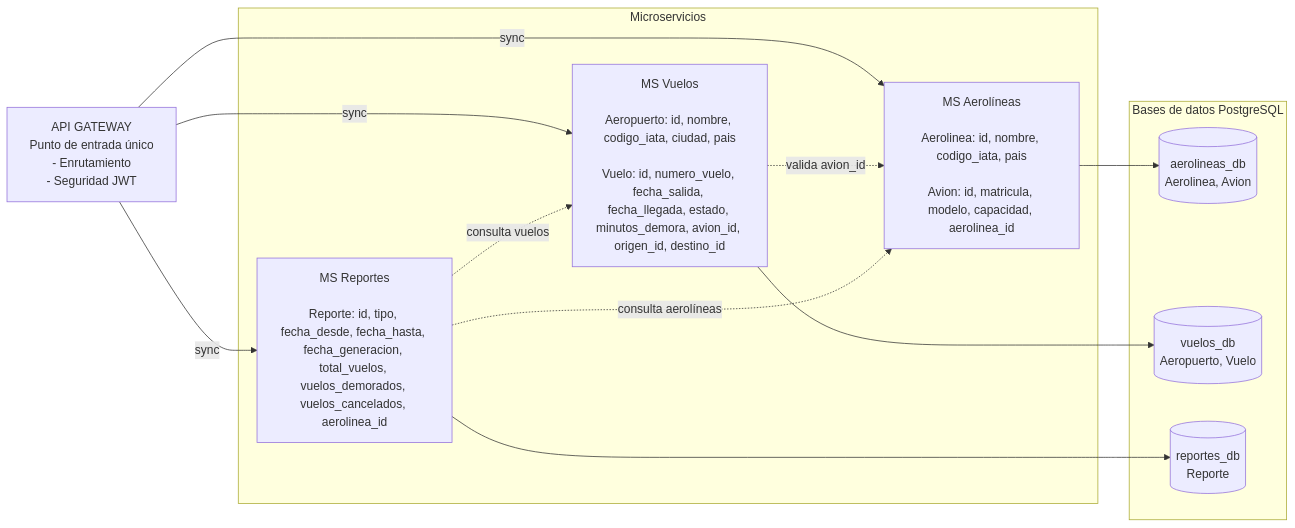
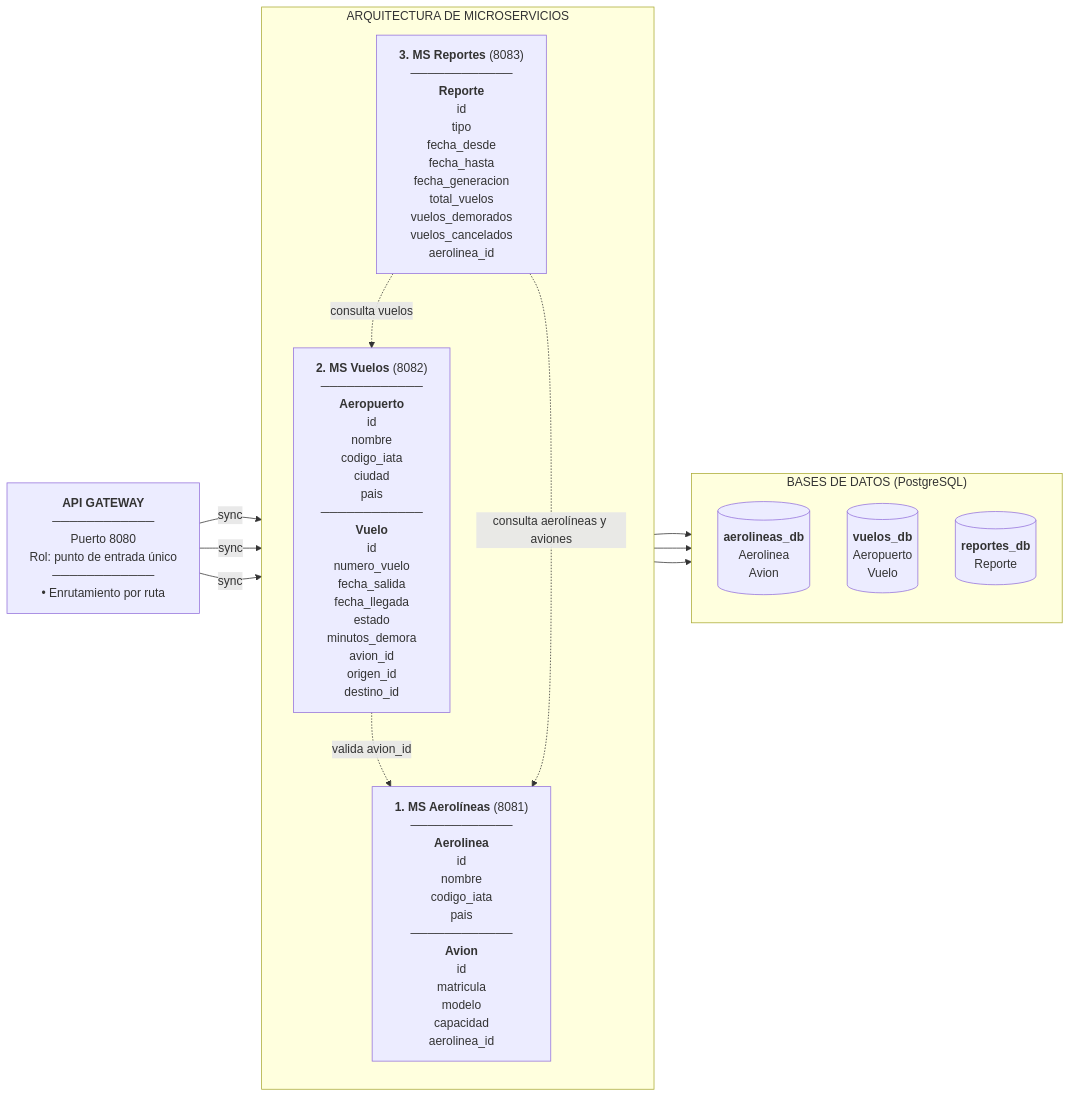
One commit to GerardoAcu/Reporte-vuelos changed the diagram in reporte-vuelos/README.md. Above: the diagram before and after it, drawn with Mermaid. The commit also changed other lines of this file and 77 other files, not shown here.

````diff
--- a/reporte-vuelos/README.md
+++ b/reporte-vuelos/README.md
@@ -31,26 +31,26 @@
 ```mermaid
 flowchart LR
-    GW["API GATEWAY<br/>Punto de entrada único<br/>- Enrutamiento<br/>- Seguridad JWT"]
+    GW["<b>API GATEWAY</b><br/>────────────<br/>Puerto 8080<br/>Rol: punto de entrada único<br/>────────────<br/>• Enrutamiento por ruta"]
 
-    subgraph MS["Microservicios"]
-        M1["MS Aerolíneas<br/><br/>Aerolinea: id, nombre, codigo_iata, pais<br/><br/>Avion: id, matricula, modelo, capacidad, aerolinea_id"]
-        M2["MS Vuelos<br/><br/>Aeropuerto: id, nombre, codigo_iata, ciudad, pais<br/><br/>Vuelo: id, numero_vuelo, fecha_salida, fecha_llegada, estado, minutos_demora, avion_id, origen_id, destino_id"]
-        M3["MS Reportes<br/><br/>Reporte: id, tipo, fecha_desde, fecha_hasta, fecha_generacion, total_vuelos, vuelos_demorados, vuelos_cancelados, aerolinea_id"]
+    subgraph MS["ARQUITECTURA DE MICROSERVICIOS"]
+        direction TB
+        M1["<b>1. MS Aerolíneas</b> (8081)<br/>────────────<br/><b>Aerolinea</b><br/>id<br/>nombre<br/>codigo_iata<br/>pais<br/>────────────<br/><b>Avion</b><br/>id<br/>matricula<br/>modelo<br/>capacidad<br/>aerolinea_id"]
+        M2["<b>2. MS Vuelos</b> (8082)<br/>────────────<br/><b>Aeropuerto</b><br/>id<br/>nombre<br/>codigo_iata<br/>ciudad<br/>pais<br/>────────────<br/><b>Vuelo</b><br/>id<br/>numero_vuelo<br/>fecha_salida<br/>fecha_llegada<br/>estado<br/>minutos_demora<br/>avion_id<br/>origen_id<br/>destino_id"]
+        M3["<b>3. MS Reportes</b> (8083)<br/>────────────<br/><b>Reporte</b><br/>id<br/>tipo<br/>fecha_desde<br/>fecha_hasta<br/>fecha_generacion<br/>total_vuelos<br/>vuelos_demorados<br/>vuelos_cancelados<br/>aerolinea_id"]
     end
 
-    subgraph BD["Bases de datos PostgreSQL"]
-        D1[("aerolineas_db<br/>Aerolinea, Avion")]
-        D2[("vuelos_db<br/>Aeropuerto, Vuelo")]
-        D3[("reportes_db<br/>Reporte")]
+    subgraph BD["BASES DE DATOS (PostgreSQL)"]
+        direction TB
+        D1[("<b>aerolineas_db</b><br/>Aerolinea<br/>Avion")]
+        D2[("<b>vuelos_db</b><br/>Aeropuerto<br/>Vuelo")]
+        D3[("<b>reportes_db</b><br/>Reporte")]
     end
 
-    GW -->|sync| M1
-    GW -->|sync| M2
-    GW -->|sync| M3
-    M2 -.->|valida avion_id| M1
-    M3 -.->|consulta vuelos| M2
-    M3 -.->|consulta aerolíneas| M1
+    GW -- "sync" --> M1 & M2 & M3
+    M2 -. "valida avion_id" .-> M1
+    M3 -. "consulta vuelos" .-> M2
+    M3 -. "consulta aerolíneas y aviones" .-> M1
     M1 --> D1
     M2 --> D2
     M3 --> D3
 ```
````
